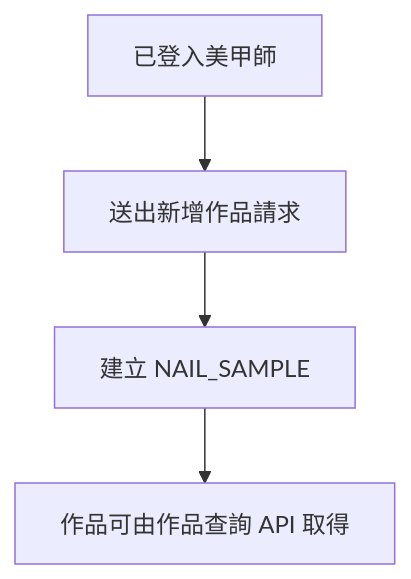
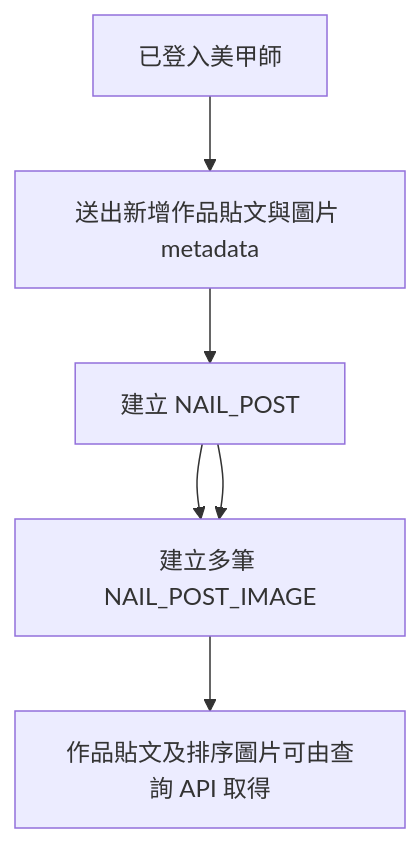
The second of 3 diagrams in docs/05_UserFlow/Core-Flows.md (azsxdc5595/nail-saas-backend), drawn with Mermaid before and after one commit. The commit also changed other lines of this file and 92 other files, not shown here.

Commit message:
1、NailSample改為NailPost，支援多圖片作品 2、補齊相關API、Entity、Repository、Service及Request驗證 3、加強資料欄位長度檢核與寫入權限控管 4、同步更新資料庫、API及專案文件 5、修正密碼長度驗證、邀請碼角色權限及不可預約時段類型

````diff
--- a/docs/05_UserFlow/Core-Flows.md
+++ b/docs/05_UserFlow/Core-Flows.md
@@ -89,11 +89,13 @@
 ```mermaid
 flowchart TD
     A[已登入美甲師]
-    B[送出新增作品請求]
-    C[建立 NAIL_SAMPLE]
-    D[作品可由作品查詢 API 取得]
+    B[送出新增作品貼文與圖片 metadata]
+    C[建立 NAIL_POST]
+    C --> C2[建立多筆 NAIL_POST_IMAGE]
+    D[作品貼文及排序圖片可由查詢 API 取得]
 
     A --> B
     B --> C
-    C --> D
+    C --> C2
+    C2 --> D
 ```
````
